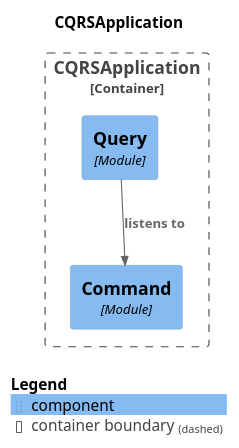
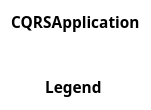
Before and after one commit to odrotbohm/cqrs-spring-modulith: the diagram in generated-docs/uml/components.puml, drawn with PlantUML. The commit also changed 56 other files, not shown here.

```diff
--- a/generated-docs/uml/components.puml
+++ b/generated-docs/uml/components.puml
@@ -1,19 +1,12 @@
 @startuml
 set separator none
 title CQRSApplication
 
 top to bottom direction
 
 !include <C4/C4>
 !include <C4/C4_Context>
-!include <C4/C4_Component>
 
-Container_Boundary("CQRSApplication.CQRSApplication_boundary", "CQRSApplication", $tags="") {
-  Component(CQRSApplication.CQRSApplication.Command, "Command", $techn="Module", $descr="", $tags="", $link="")
-  Component(CQRSApplication.CQRSApplication.Query, "Query", $techn="Module", $descr="", $tags="", $link="")
-}
-
-Rel(CQRSApplication.CQRSApplication.Query, CQRSApplication.CQRSApplication.Command, "listens to", $techn="", $tags="", $link="")
 
 SHOW_LEGEND(true)
 @enduml
```
